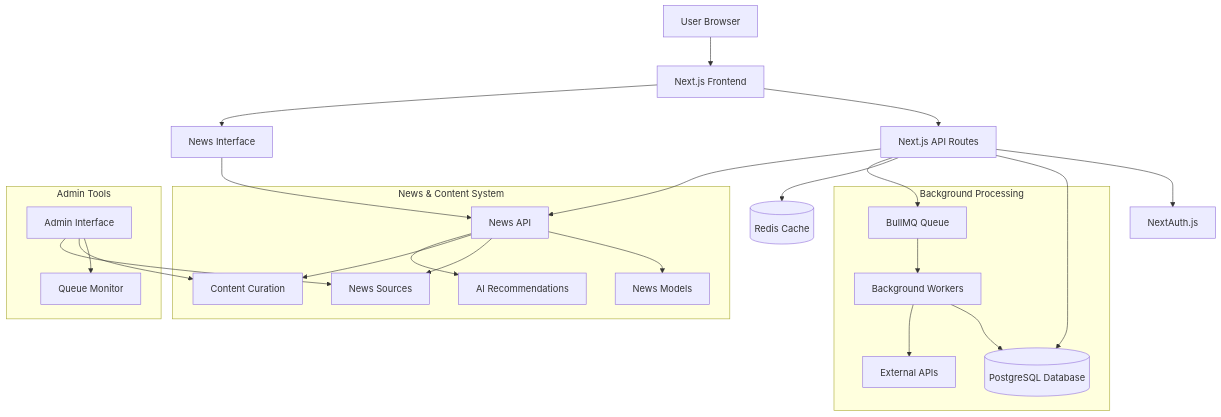
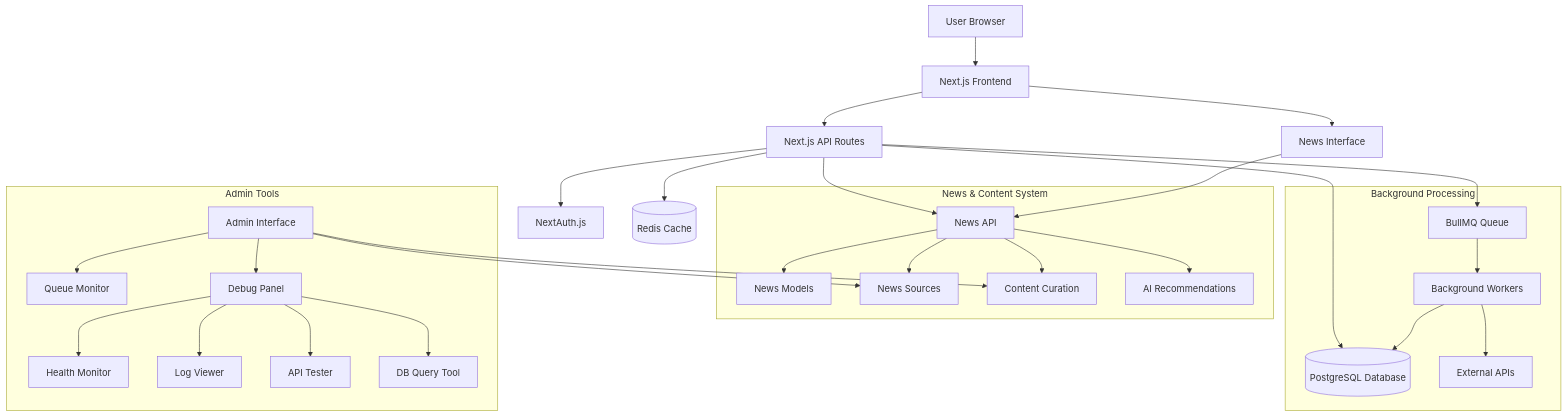
The diagram in docs/SYSTEM_OVERVIEW.md (sprasains/everesthood), drawn with Mermaid before and after one commit. The commit also changed other lines of this file and 21 other files, not shown here.

````diff
--- a/docs/SYSTEM_OVERVIEW.md
+++ b/docs/SYSTEM_OVERVIEW.md
@@ -25,32 +37,37 @@
 ```mermaid
 graph TB;
   Browser[User Browser] --> Frontend[Next.js Frontend];
   Frontend --> API[Next.js API Routes];
   API --> Auth[NextAuth.js];
   API --> DB[(PostgreSQL Database)];
   API --> Redis[(Redis Cache)];
   API --> Queue[BullMQ Queue];
   
   subgraph "News & Content System"
     NewsAPI[News API] --> NewsDB[News Models];
     NewsAPI --> Sources[News Sources];
     NewsAPI --> Curation[Content Curation];
     NewsAPI --> Recommendations[AI Recommendations];
   end
   
   subgraph "Background Processing"
     Queue --> Worker[Background Workers];
     Worker --> DB;
     Worker --> External[External APIs];
   end
   
   subgraph "Admin Tools"
     Admin[Admin Interface] --> BullBoard[Queue Monitor];
     Admin --> Curation;
     Admin --> Sources;
+    Admin --> DebugPanel[Debug Panel];
+    DebugPanel --> HealthMonitor[Health Monitor];
+    DebugPanel --> LogViewer[Log Viewer];
+    DebugPanel --> APITester[API Tester];
+    DebugPanel --> DBQuery[DB Query Tool];
   end
   
   API --> NewsAPI;
   Frontend --> NewsUI[News Interface];
   NewsUI --> NewsAPI;
 ```
````
